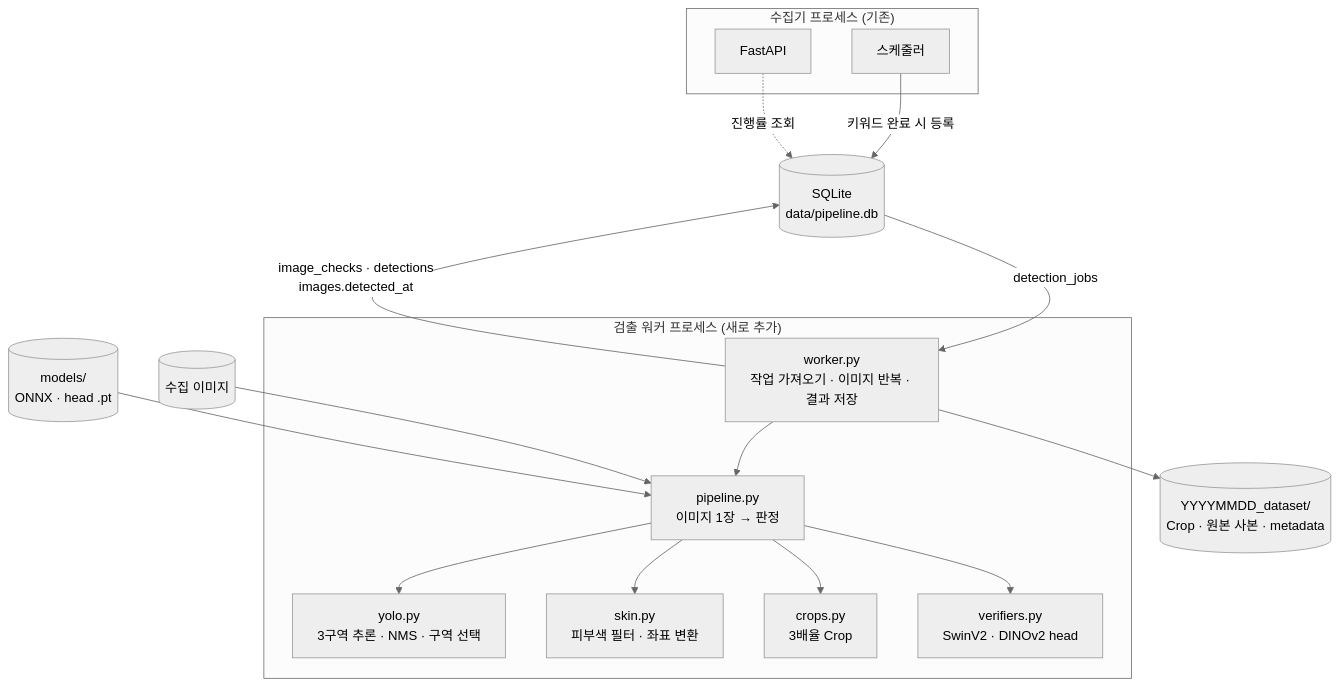
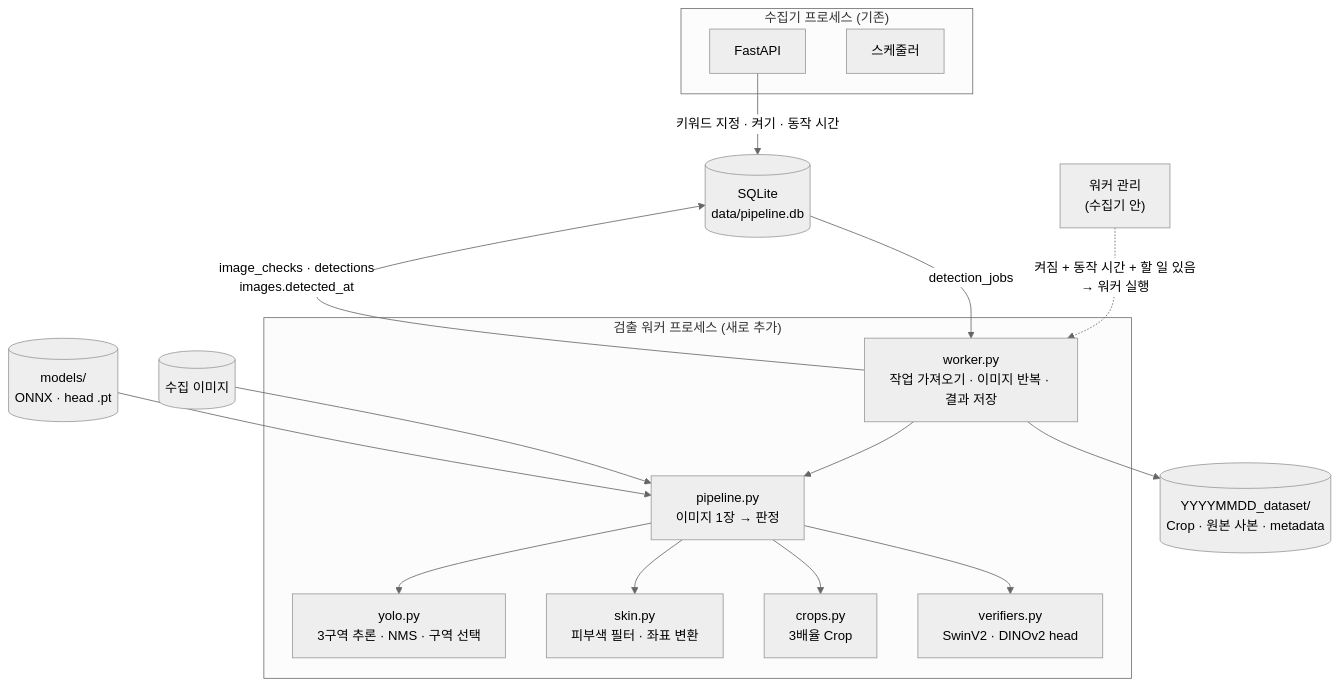
One commit to Sookyeong0505/image_collector changed the first of 5 diagrams in docs/DETECTION_SPEC.md. Above: the diagram before and after it, drawn with Mermaid (neutral theme). The commit also changed other lines of this file and 19 other files, not shown here.

````diff
--- a/docs/DETECTION_SPEC.md
+++ b/docs/DETECTION_SPEC.md
@@ -82,31 +83,31 @@
 ```mermaid
 flowchart TB
     subgraph P1["수집기 프로세스 (기존)"]
         API["FastAPI"]
         SCH["스케줄러"]
     end
     subgraph P2["검출 워커 프로세스 (새로 추가)"]
         WK["worker.py<br/>작업 가져오기 · 이미지 반복 · 결과 저장"]
         PL["pipeline.py<br/>이미지 1장 → 판정"]
         Y["yolo.py<br/>3구역 추론 · NMS · 구역 선택"]
         SK["skin.py<br/>피부색 필터 · 좌표 변환"]
         CR["crops.py<br/>3배율 Crop"]
         VF["verifiers.py<br/>SwinV2 · DINOv2 head"]
         WK --> PL --> Y
         PL --> SK
         PL --> CR
         PL --> VF
     end
     DB[("SQLite<br/>data/pipeline.db")]
     IMG[("수집 이미지")]
     OUT[("YYYYMMDD_dataset/<br/>Crop · 원본 사본 · metadata")]
     MD[("models/<br/>ONNX · head .pt")]
 
-    SCH -->|"키워드 완료 시 등록"| DB
-    API -.->|"진행률 조회"| DB
+    API -->|"키워드 지정 · 켜기 · 동작 시간"| DB
+    SUP["워커 관리<br/>(수집기 안)"] -.->|"켜짐 + 동작 시간 + 할 일 있음<br/>→ 워커 실행"| WK
     DB -->|detection_jobs| WK
     WK -->|"image_checks · detections<br/>images.detected_at"| DB
     IMG --> PL
     MD --> PL
     WK --> OUT
 ```
````
